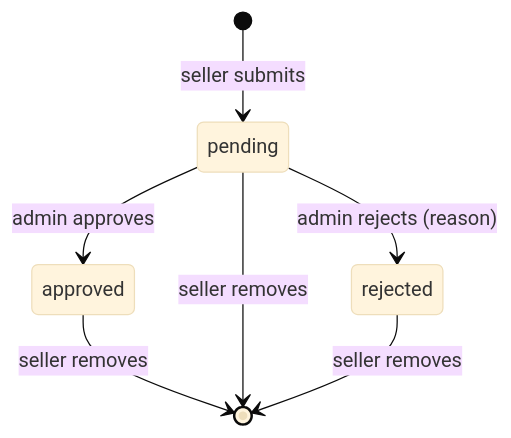
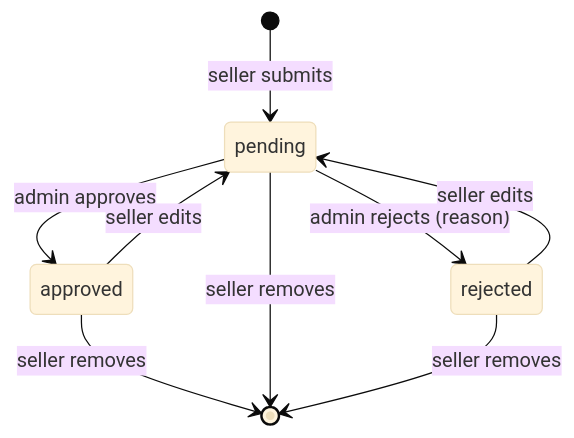
The second of 2 diagrams in system-design/docs/database.md (apurboislam/UAPLoop), drawn with Mermaid (base theme) before and after one commit. The commit also changed other lines of this file and 16 other files, not shown here.

````diff
--- a/system-design/docs/database.md
+++ b/system-design/docs/database.md
@@ -113,9 +113,11 @@
 ```mermaid
 stateDiagram-v2
     [*] --> pending : seller submits
     pending --> approved : admin approves
     pending --> rejected : admin rejects (reason)
     approved --> [*] : seller removes
     pending --> [*] : seller removes
     rejected --> [*] : seller removes
+    approved --> pending : seller edits
+    rejected --> pending : seller edits
 ```
````
